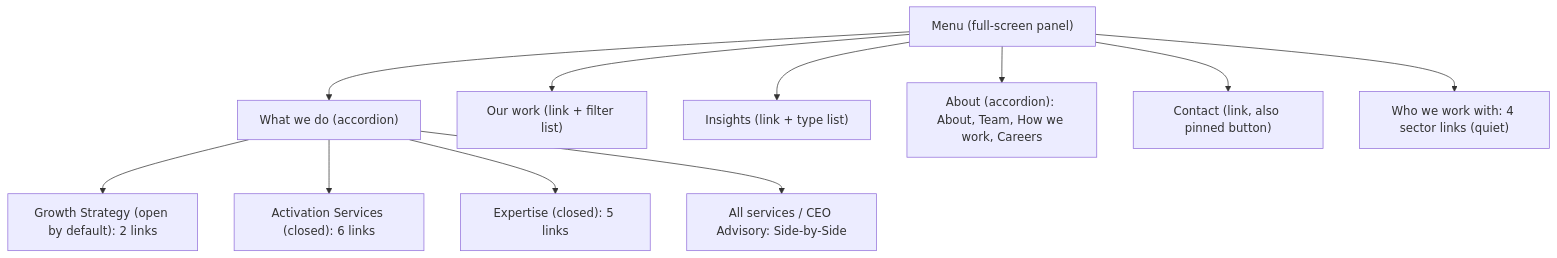
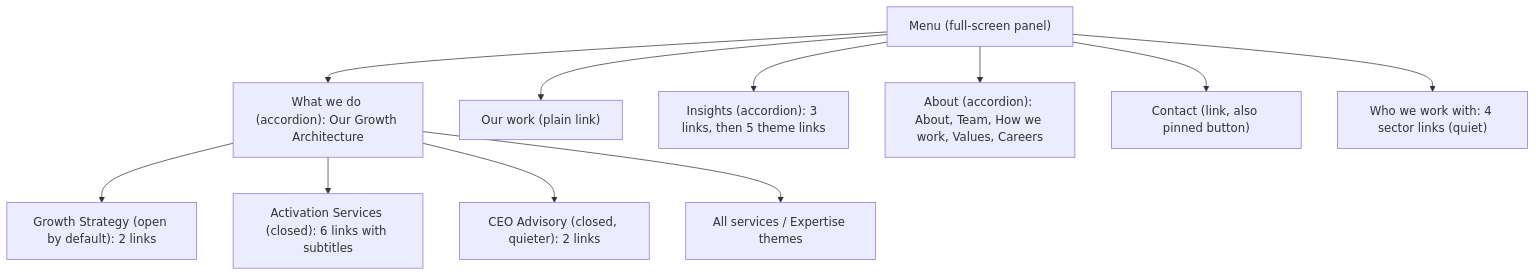
Before and after one commit to gsdd/temp-manifesto-ia: the sixth of 7 diagrams in docs/diagrams/mega-nav.md, drawn with Mermaid. The commit also changed other lines of this file and 1 other file, not shown here.

Commit message:
v2 mermaid diagrams for the three-column mega-nav, triangle mapping and sitemap

````diff
--- a/docs/diagrams/mega-nav.md
+++ b/docs/diagrams/mega-nav.md
@@ -137,14 +116,14 @@
 ```mermaid
 flowchart TB
     M["Menu (full-screen panel)"]
-    M --> M1["What we do (accordion)"]
+    M --> M1["What we do (accordion): Our Growth Architecture"]
     M1 --> M1a["Growth Strategy (open by default): 2 links"]
-    M1 --> M1b["Activation Services (closed): 6 links"]
-    M1 --> M1c["Expertise (closed): 5 links"]
-    M1 --> M1d["All services / CEO Advisory: Side-by-Side"]
-    M --> M2["Our work (link + filter list)"]
-    M --> M3["Insights (link + type list)"]
-    M --> M4["About (accordion): About, Team, How we work, Careers"]
+    M1 --> M1b["Activation Services (closed): 6 links with subtitles"]
+    M1 --> M1c["CEO Advisory (closed, quieter): 2 links"]
+    M1 --> M1d["All services / Expertise themes"]
+    M --> M2["Our work (plain link)"]
+    M --> M3["Insights (accordion): 3 links, then 5 theme links"]
+    M --> M4["About (accordion): About, Team, How we work, Values, Careers"]
     M --> M5["Contact (link, also pinned button)"]
     M --> M6["Who we work with: 4 sector links (quiet)"]
 ```
````
